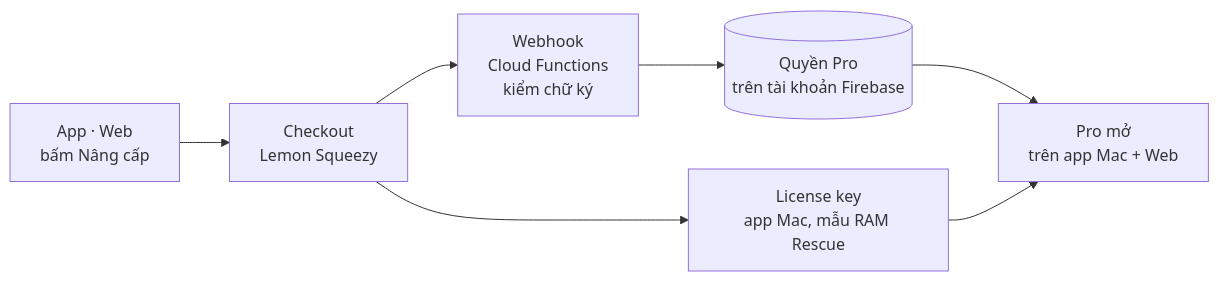
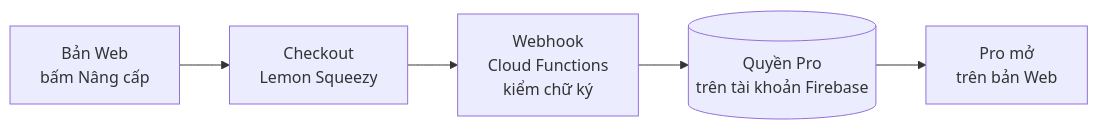
The diagram in docs/web/phase-49-payments.md (nvminhtu/niche-radar-docs), drawn with Mermaid before and after one commit. The commit also changed other lines of this file and 39 other files, not shown here.

Commit message:
docs: sync — trang Web bỏ phần app Mac, App làm khi xong Version 9

````diff
--- a/docs/web/phase-49-payments.md
+++ b/docs/web/phase-49-payments.md
@@ -10,8 +10,7 @@
 ```mermaid
 flowchart LR
-  A[App · Web<br/>bấm Nâng cấp] --> CO[Checkout<br/>Lemon Squeezy]
+  A[Bản Web<br/>bấm Nâng cấp] --> CO[Checkout<br/>Lemon Squeezy]
   CO --> WH[Webhook<br/>Cloud Functions<br/>kiểm chữ ký]
   WH --> P[(Quyền Pro<br/>trên tài khoản Firebase)]
-  CO --> LK[License key<br/>app Mac, mẫu RAM Rescue]
-  P & LK --> ON[Pro mở<br/>trên app Mac + Web]
+  P --> ON[Pro mở<br/>trên bản Web]
 ```
````
